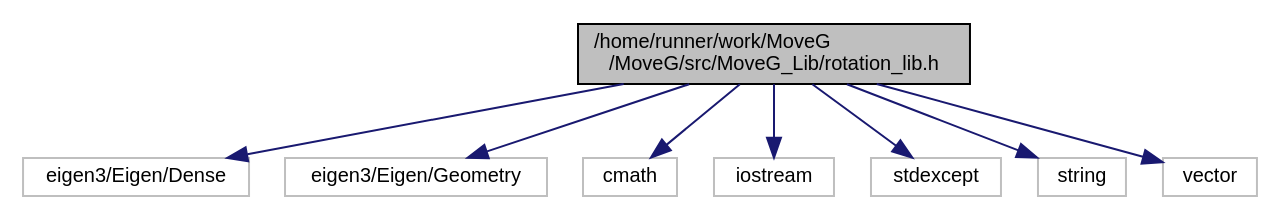
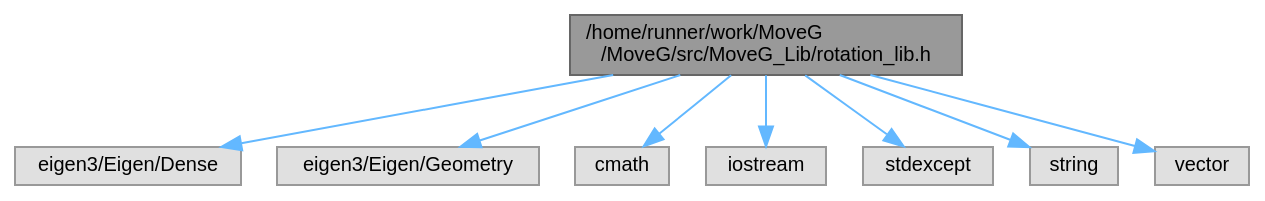
Before and after one commit to GiorgioMedico/MoveG: the diagram in rotation__lib_8h__incl.dot, drawn with Graphviz. The commit also changed 164 other files, not shown here.

```diff
--- a/rotation__lib_8h__incl.dot
+++ b/rotation__lib_8h__incl.dot
@@ -1,21 +1,22 @@
 digraph "/home/runner/work/MoveG/MoveG/src/MoveG_Lib/rotation_lib.h"
 {
  // LATEX_PDF_SIZE
-  edge [fontname="Helvetica",fontsize="10",labelfontname="Helvetica",labelfontsize="10"];
-  node [fontname="Helvetica",fontsize="10",shape=record];
-  Node1 [label="/home/runner/work/MoveG\l/MoveG/src/MoveG_Lib/rotation_lib.h",height=0.2,width=0.4,color="black", fillcolor="grey75", style="filled", fontcolor="black",tooltip="Classe per la rappresentazione e manipolazione di rotazioni in 3D."];
-  Node1 -> Node2 [color="midnightblue",fontsize="10",style="solid",fontname="Helvetica"];
-  Node2 [label="eigen3/Eigen/Dense",height=0.2,width=0.4,color="grey75", fillcolor="white", style="filled",tooltip=" "];
-  Node1 -> Node3 [color="midnightblue",fontsize="10",style="solid",fontname="Helvetica"];
-  Node3 [label="eigen3/Eigen/Geometry",height=0.2,width=0.4,color="grey75", fillcolor="white", style="filled",tooltip=" "];
-  Node1 -> Node4 [color="midnightblue",fontsize="10",style="solid",fontname="Helvetica"];
-  Node4 [label="cmath",height=0.2,width=0.4,color="grey75", fillcolor="white", style="filled",tooltip=" "];
-  Node1 -> Node5 [color="midnightblue",fontsize="10",style="solid",fontname="Helvetica"];
-  Node5 [label="iostream",height=0.2,width=0.4,color="grey75", fillcolor="white", style="filled",tooltip=" "];
-  Node1 -> Node6 [color="midnightblue",fontsize="10",style="solid",fontname="Helvetica"];
-  Node6 [label="stdexcept",height=0.2,width=0.4,color="grey75", fillcolor="white", style="filled",tooltip=" "];
-  Node1 -> Node7 [color="midnightblue",fontsize="10",style="solid",fontname="Helvetica"];
-  Node7 [label="string",height=0.2,width=0.4,color="grey75", fillcolor="white", style="filled",tooltip=" "];
-  Node1 -> Node8 [color="midnightblue",fontsize="10",style="solid",fontname="Helvetica"];
-  Node8 [label="vector",height=0.2,width=0.4,color="grey75", fillcolor="white", style="filled",tooltip=" "];
+  bgcolor="transparent";
+  edge [fontname=Helvetica,fontsize=10,labelfontname=Helvetica,labelfontsize=10];
+  node [fontname=Helvetica,fontsize=10,shape=box,height=0.2,width=0.4];
+  Node1 [id="Node000001",label="/home/runner/work/MoveG\l/MoveG/src/MoveG_Lib/rotation_lib.h",height=0.2,width=0.4,color="gray40", fillcolor="grey60", style="filled", fontcolor="black",tooltip="Classe per la rappresentazione e manipolazione di rotazioni in 3D."];
+  Node1 -> Node2 [id="edge1_Node000001_Node000002",color="steelblue1",style="solid",tooltip=" "];
+  Node2 [id="Node000002",label="eigen3/Eigen/Dense",height=0.2,width=0.4,color="grey60", fillcolor="#E0E0E0", style="filled",tooltip=" "];
+  Node1 -> Node3 [id="edge2_Node000001_Node000003",color="steelblue1",style="solid",tooltip=" "];
+  Node3 [id="Node000003",label="eigen3/Eigen/Geometry",height=0.2,width=0.4,color="grey60", fillcolor="#E0E0E0", style="filled",tooltip=" "];
+  Node1 -> Node4 [id="edge3_Node000001_Node000004",color="steelblue1",style="solid",tooltip=" "];
+  Node4 [id="Node000004",label="cmath",height=0.2,width=0.4,color="grey60", fillcolor="#E0E0E0", style="filled",tooltip=" "];
+  Node1 -> Node5 [id="edge4_Node000001_Node000005",color="steelblue1",style="solid",tooltip=" "];
+  Node5 [id="Node000005",label="iostream",height=0.2,width=0.4,color="grey60", fillcolor="#E0E0E0", style="filled",tooltip=" "];
+  Node1 -> Node6 [id="edge5_Node000001_Node000006",color="steelblue1",style="solid",tooltip=" "];
+  Node6 [id="Node000006",label="stdexcept",height=0.2,width=0.4,color="grey60", fillcolor="#E0E0E0", style="filled",tooltip=" "];
+  Node1 -> Node7 [id="edge6_Node000001_Node000007",color="steelblue1",style="solid",tooltip=" "];
+  Node7 [id="Node000007",label="string",height=0.2,width=0.4,color="grey60", fillcolor="#E0E0E0", style="filled",tooltip=" "];
+  Node1 -> Node8 [id="edge7_Node000001_Node000008",color="steelblue1",style="solid",tooltip=" "];
+  Node8 [id="Node000008",label="vector",height=0.2,width=0.4,color="grey60", fillcolor="#E0E0E0", style="filled",tooltip=" "];
 }
```
